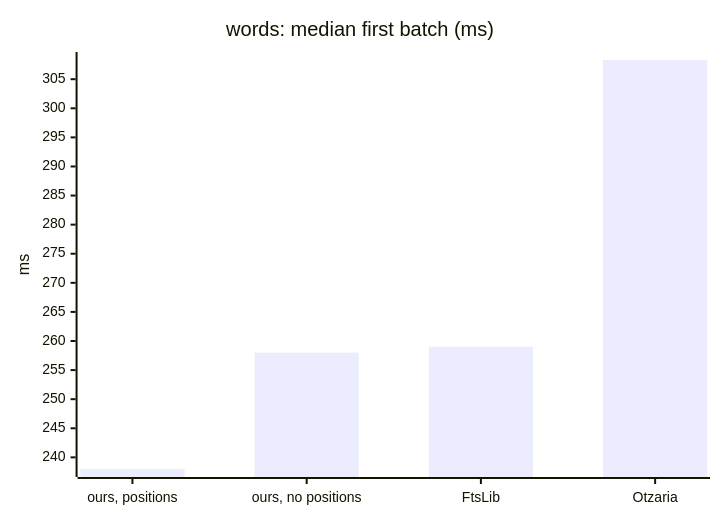
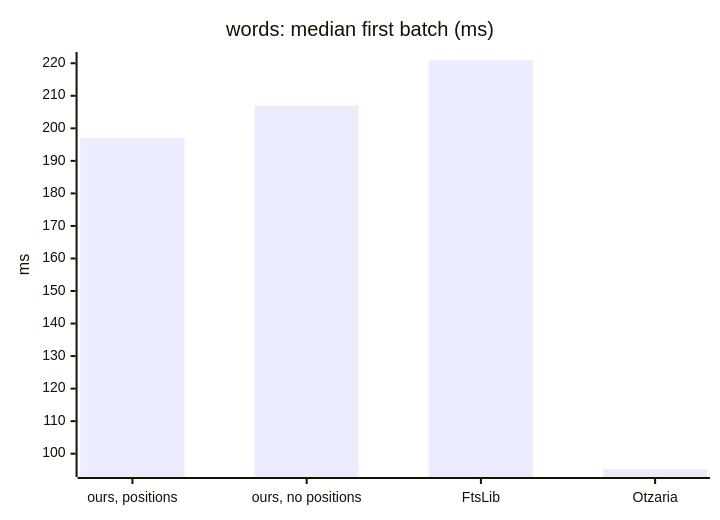
The seventh of 11 diagrams in FTS-SPECS-AND-COMPARISONS.md (KleiKodesh/SeforimLibrarySearchEngine), drawn with Mermaid before and after one commit. The commit also changed other lines of this file and 35 other files, not shown here.

````diff
--- a/FTS-SPECS-AND-COMPARISONS.md
+++ b/FTS-SPECS-AND-COMPARISONS.md
@@ -423,7 +417,7 @@
 ```mermaid
 xychart-beta
     title "words: median first batch (ms)"
     x-axis ["ours, positions", "ours, no positions", "FtsLib", "Otzaria"]
     y-axis "ms"
-    bar [238.00, 258.00, 259.00, 308.30]
+    bar [197.00, 207.00, 221.00, 95.30]
 ```
````
